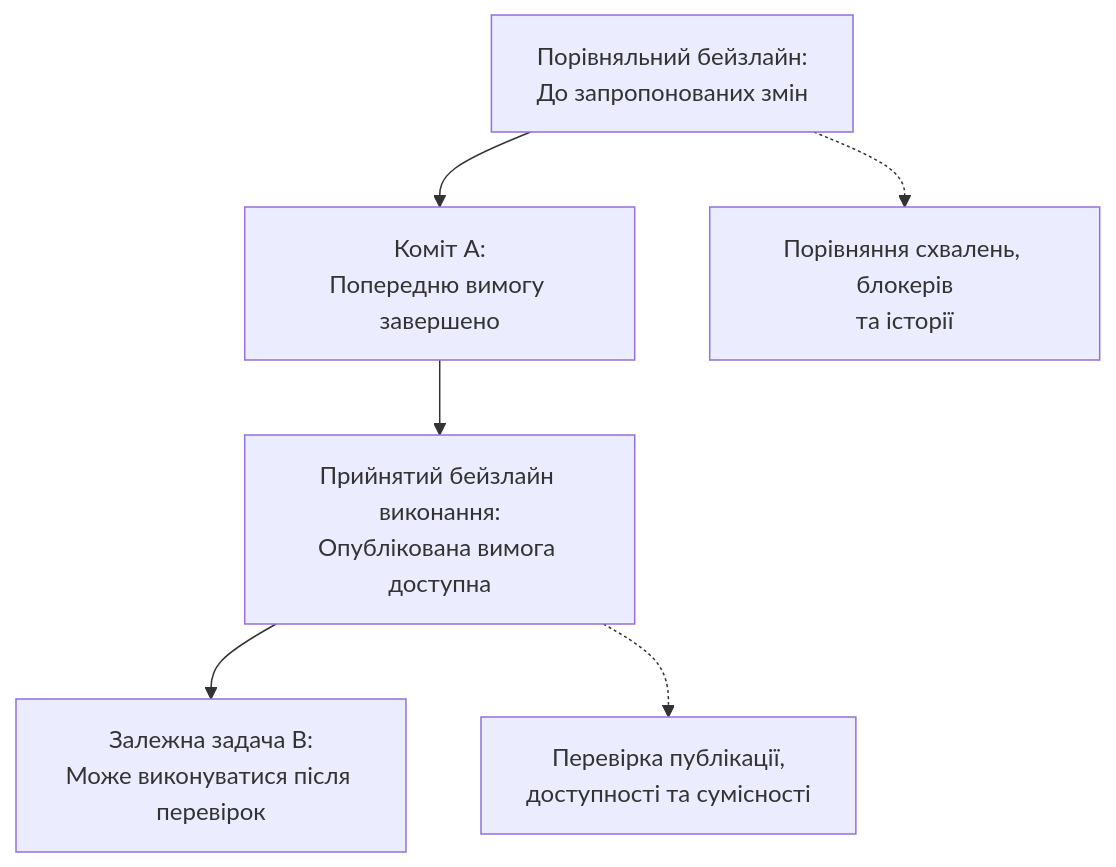
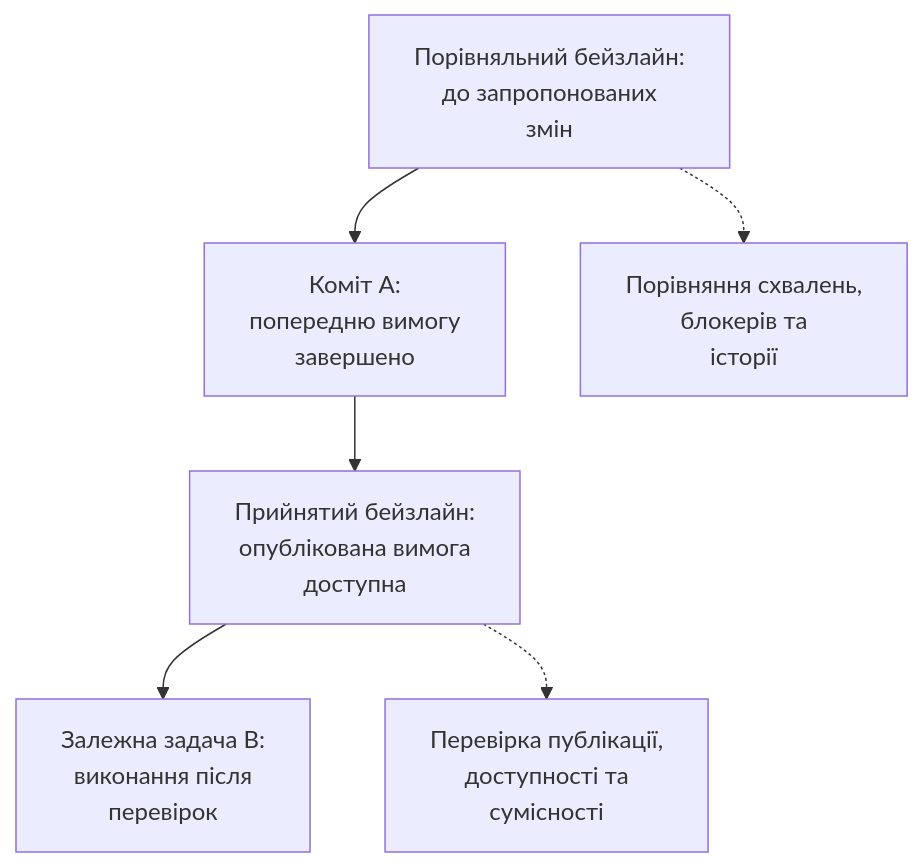
One commit to AlexDubel/AIMemBankAndCDIP-tmpl changed the fourth of 4 diagrams in README.uk.md. Above: the diagram before and after it, drawn with Mermaid. The commit also changed other lines of this file and 1 other file, not shown here.

Commit message:
Format Mermaid diagram node labels to prevent horizontal text clipping on GitHub

````diff
--- a/README.uk.md
+++ b/README.uk.md
@@ -291,8 +291,8 @@
 ```mermaid
 flowchart TD
-    Base["Порівняльний бейзлайн:<br/>До запропонованих змін"] --> A["Коміт A:<br/>Попередню вимогу завершено"]
-    A --> Execution["Прийнятий бейзлайн виконання:<br/>Опублікована вимога доступна"]
-    Execution --> B["Залежна задача B:<br/>Може виконуватися після перевірок"]
-    Base -.-> History["Порівняння схвалень, блокерів<br/>та історії"]
-    Execution -.-> Dependency["Перевірка публікації,<br/>доступності та сумісності"]
+    Base["Порівняльний бейзлайн:<br/>до запропонованих<br/>змін"] --> A["Коміт A:<br/>попередню вимогу<br/>завершено"]
+    A --> Execution["Прийнятий бейзлайн:<br/>опублікована вимога<br/>доступна"]
+    Execution --> B["Залежна задача B:<br/>виконання після<br/>перевірок"]
+    Base -.-> History["Порівняння схвалень,<br/>блокерів та<br/>історії"]
+    Execution -.-> Dependency["Перевірка публікації,<br/>доступності та<br/>сумісності"]
 ```
````
